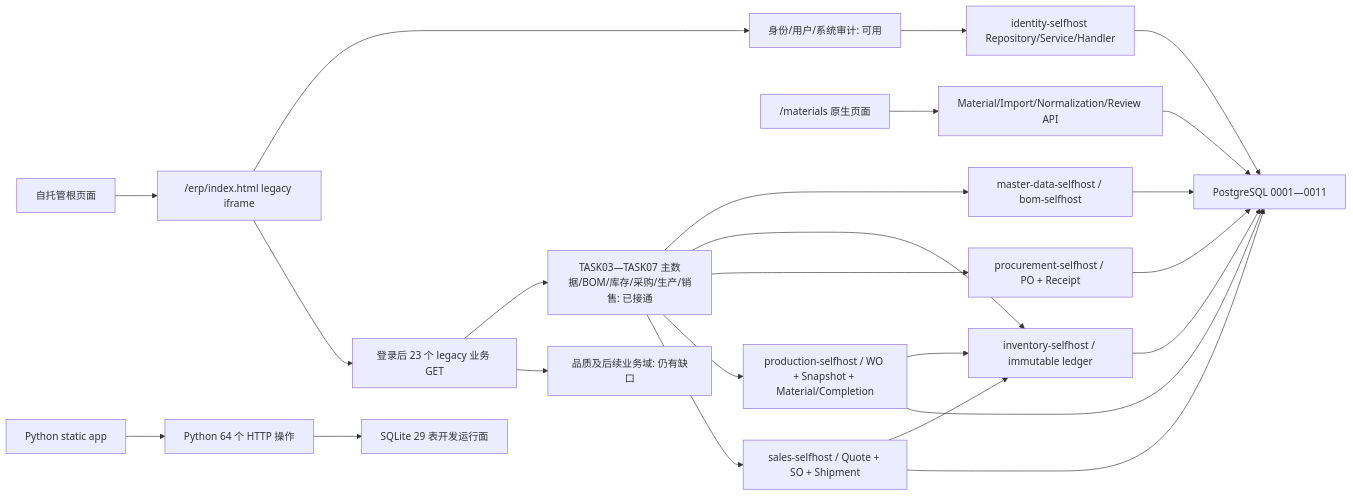
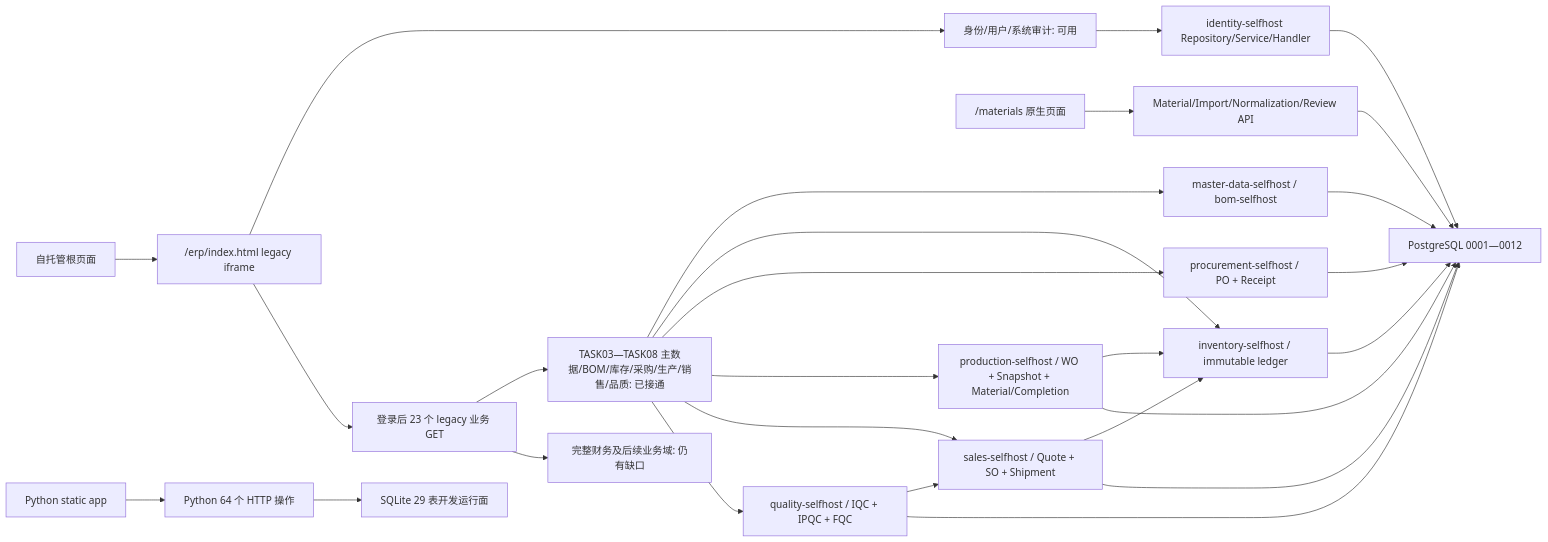
Before and after one commit to 3443176848/chenyida: the first of 7 diagrams in docs/project/ARCHITECTURE.md, drawn with Mermaid. The commit also changed other lines of this file and 40 other files, not shown here.

````diff
--- a/docs/project/ARCHITECTURE.md
+++ b/docs/project/ARCHITECTURE.md
@@ -9,28 +9,31 @@
 ```mermaid
 flowchart LR
     ROOT["自托管根页面"] --> IFRAME["/erp/index.html legacy iframe"]
     IFRAME --> AUTH["身份/用户/系统审计: 可用"]
     IFRAME --> BATCH["登录后 23 个 legacy 业务 GET"]
-    BATCH --> M7["TASK03—TASK07 主数据/BOM/库存/采购/生产/销售: 已接通"]
-    BATCH --> NF["品质及后续业务域: 仍有缺口"]
+    BATCH --> M8["TASK03—TASK08 主数据/BOM/库存/采购/生产/销售/品质: 已接通"]
+    BATCH --> NF["完整财务及后续业务域: 仍有缺口"]
 
     NATIVE["/materials 原生页面"] --> MM["Material/Import/Normalization/Review API"]
     AUTH --> ID["identity-selfhost Repository/Service/Handler"]
-    ID --> PG["PostgreSQL 0001—0011"]
+    ID --> PG["PostgreSQL 0001—0012"]
     MM --> PG
-    M7 --> MDB["master-data-selfhost / bom-selfhost"]
+    M8 --> MDB["master-data-selfhost / bom-selfhost"]
     MDB --> PG
-    M7 --> INV["inventory-selfhost / immutable ledger"]
+    M8 --> INV["inventory-selfhost / immutable ledger"]
     INV --> PG
-    M7 --> PROC["procurement-selfhost / PO + Receipt"]
+    M8 --> PROC["procurement-selfhost / PO + Receipt"]
     PROC --> PG
-    M7 --> PROD["production-selfhost / WO + Snapshot + Material/Completion"]
+    M8 --> PROD["production-selfhost / WO + Snapshot + Material/Completion"]
     PROD --> INV
     PROD --> PG
-    M7 --> SALES["sales-selfhost / Quote + SO + Shipment"]
+    M8 --> SALES["sales-selfhost / Quote + SO + Shipment"]
     SALES --> INV
     SALES --> PG
+    M8 --> QUALITY["quality-selfhost / IQC + IPQC + FQC"]
+    QUALITY --> SALES
+    QUALITY --> PG
 
     PYUI["Python static app"] --> PYAPI["Python 64 个 HTTP 操作"]
     PYAPI --> SQLITE["SQLite 29 表开发运行面"]
 ```
````
